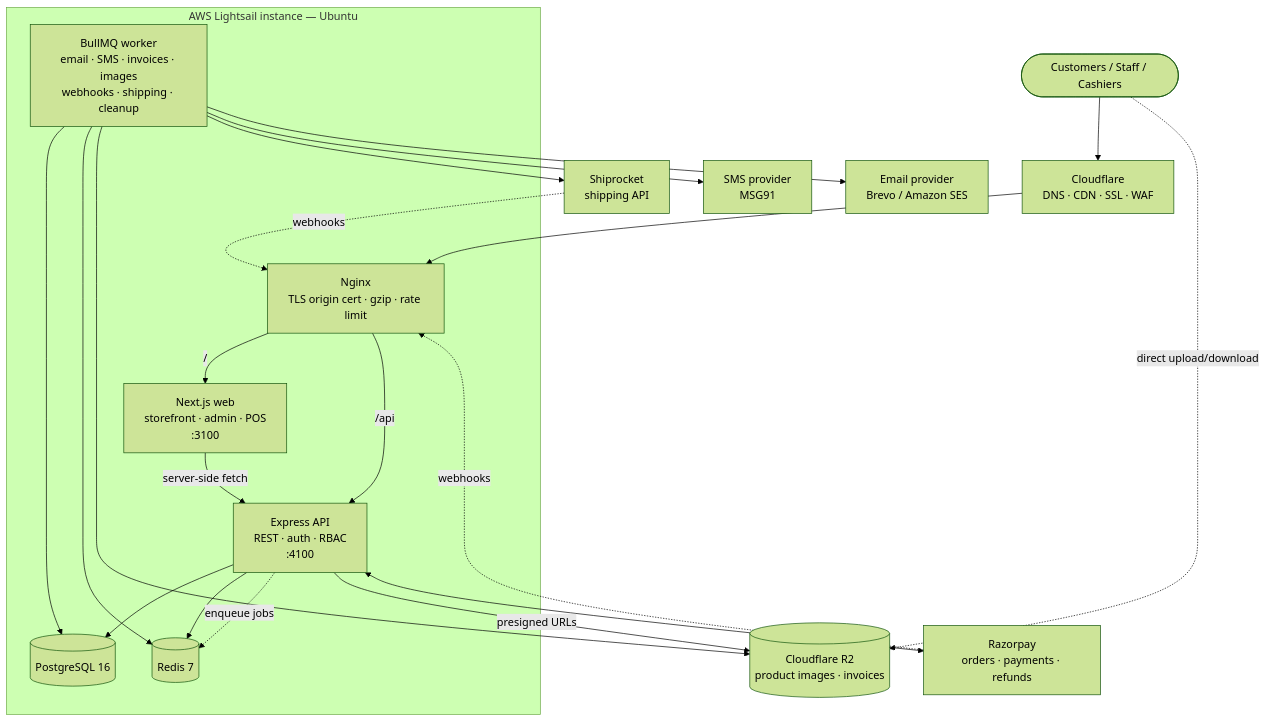
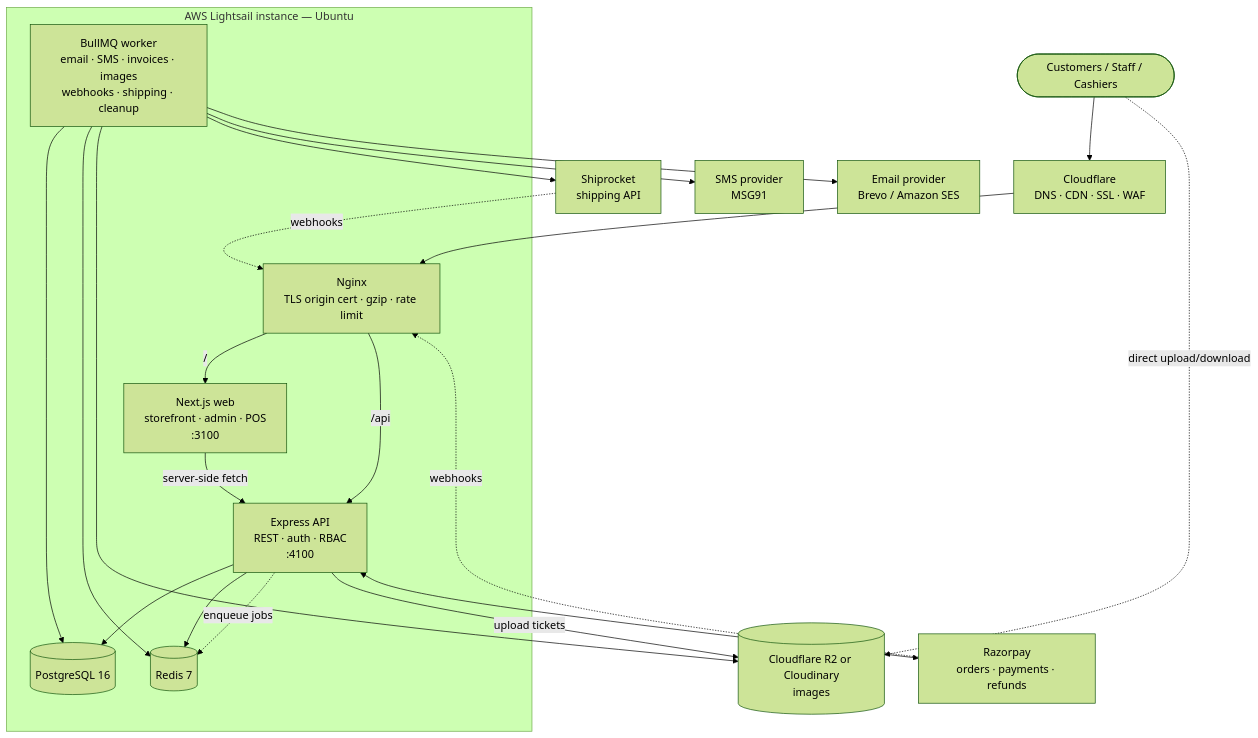
The first of 2 diagrams in ARCHITECTURE.md (visa-kani/trendz), drawn with Mermaid (forest theme) before and after one commit. The commit also changed other lines of this file and 193 other files, not shown here.

````diff
--- a/ARCHITECTURE.md
+++ b/ARCHITECTURE.md
@@ -11,27 +11,27 @@
 ```mermaid
 flowchart TB
     user([Customers / Staff / Cashiers]) --> cf[Cloudflare<br/>DNS · CDN · SSL · WAF]
     cf --> nginx
 
     subgraph LS[AWS Lightsail instance — Ubuntu]
         nginx[Nginx<br/>TLS origin cert · gzip · rate limit]
         nginx -->|/| web[Next.js web<br/>storefront · admin · POS<br/>:3100]
         nginx -->|/api| api[Express API<br/>REST · auth · RBAC<br/>:4100]
         web -->|server-side fetch| api
         api --> pg[(PostgreSQL 16)]
         api --> redis[(Redis 7)]
         worker[BullMQ worker<br/>email · SMS · invoices · images<br/>webhooks · shipping · cleanup] --> pg
         worker --> redis
         api -. enqueue jobs .-> redis
     end
 
-    api -->|presigned URLs| r2[(Cloudflare R2<br/>product images · invoices)]
+    api -->|upload tickets| r2[(Cloudflare R2 or Cloudinary<br/>images)]
     worker --> r2
     user -. direct upload/download .-> r2
     api <--> rzp[Razorpay<br/>orders · payments · refunds]
     rzp -. webhooks .-> nginx
     worker --> ship[Shiprocket<br/>shipping API]
     ship -. webhooks .-> nginx
     worker --> sms[SMS provider<br/>MSG91]
     worker --> mail[Email provider<br/>Brevo / Amazon SES]
 ```
````
